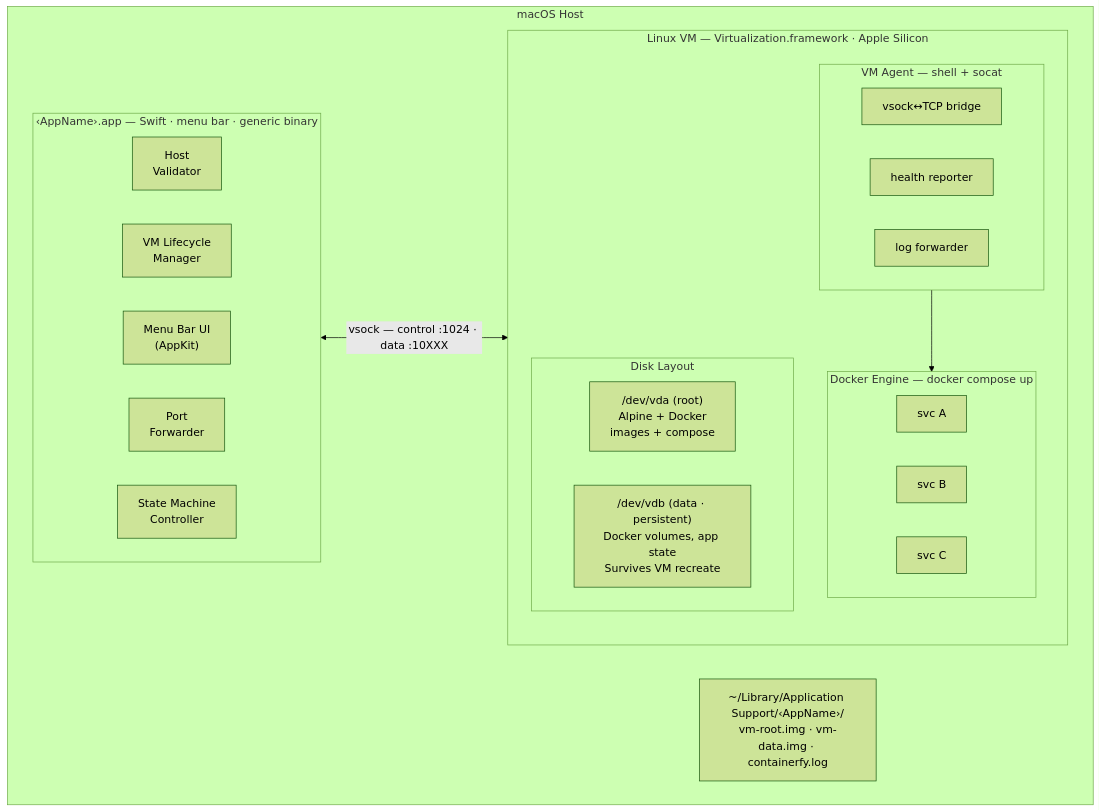
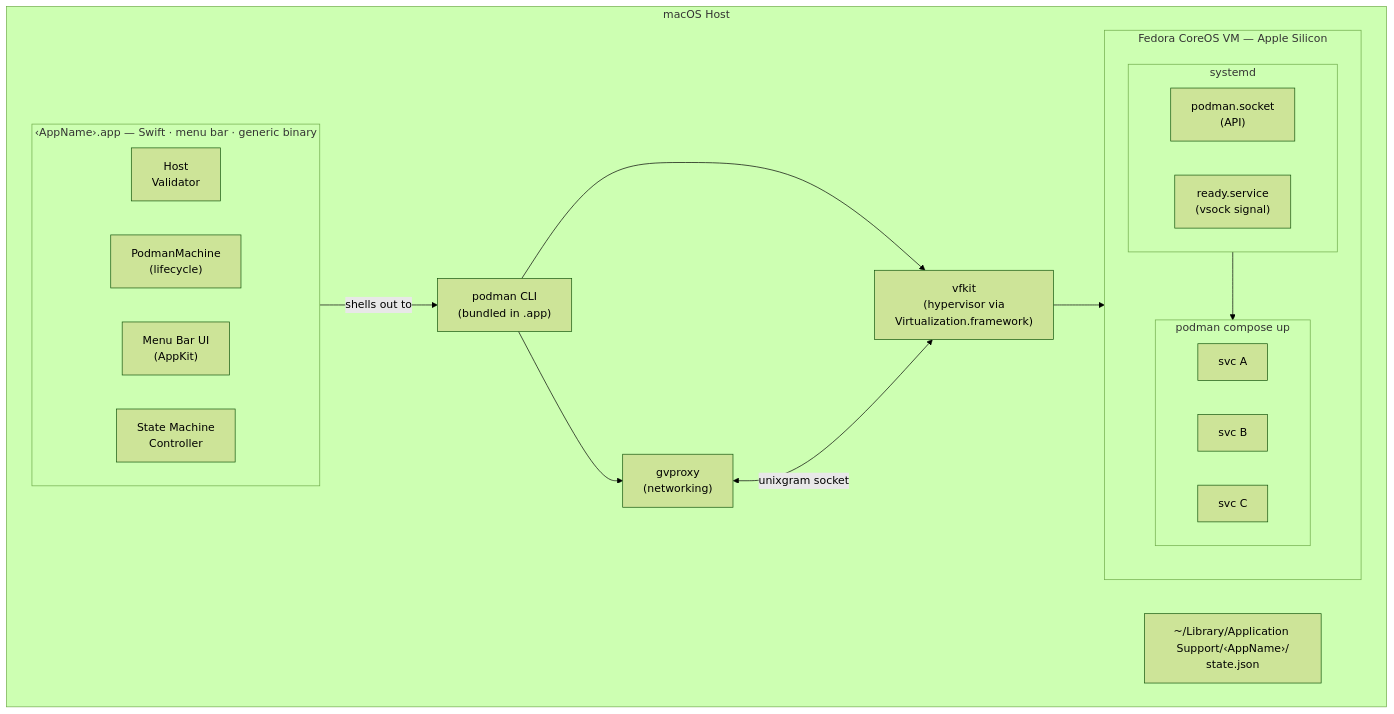
Before and after one commit to containerfy/containerfy: the first of 2 diagrams in ARCHITECTURE.md, drawn with Mermaid (forest theme). The commit also changed other lines of this file and 53 other files, not shown here.

First line of the commit message:
Replace custom VM with podman machine; consolidate E2E tests

````diff
--- a/ARCHITECTURE.md
+++ b/ARCHITECTURE.md
@@ -9,41 +9,39 @@
 ```mermaid
 flowchart TD
     subgraph host["macOS Host"]
         subgraph app["‹AppName›.app — Swift · menu bar · generic binary"]
             direction LR
             HV["Host\nValidator"]
-            VLM["VM Lifecycle\nManager"]
+            PM["PodmanMachine\n(lifecycle)"]
             UI["Menu Bar UI\n(AppKit)"]
-            PF["Port\nForwarder"]
             SM["State Machine\nController"]
         end
 
-        app <--"vsock — control :1024 · data :10XXX"--> vm
+        app --"shells out to"--> podman["podman CLI\n(bundled in .app)"]
+        podman --> gvproxy["gvproxy\n(networking)"]
+        podman --> vfkit["vfkit\n(hypervisor via\nVirtualization.framework)"]
 
-        subgraph vm["Linux VM — Virtualization.framework · Apple Silicon"]
-            subgraph agent["VM Agent — shell + socat"]
+        gvproxy <--"unixgram socket"--> vfkit
+
+        vfkit --> vm
+
+        subgraph vm["Fedora CoreOS VM — Apple Silicon"]
+            subgraph systemd["systemd"]
                 direction LR
-                bridge["vsock↔TCP bridge"]
-                health["health reporter"]
-                logs["log forwarder"]
+                podman_svc["podman.socket\n(API)"]
+                ready["ready.service\n(vsock signal)"]
             end
 
-            agent --> docker
+            systemd --> containers
 
-            subgraph docker["Docker Engine — docker compose up"]
+            subgraph containers["podman compose up"]
                 direction LR
                 sA["svc A"]
                 sB["svc B"]
                 sC["svc C"]
             end
-
-            subgraph disks["Disk Layout"]
-                direction LR
-                root["/dev/vda (root)\nAlpine + Docker\nimages + compose"]
-                data["/dev/vdb (data · persistent)\nDocker volumes, app state\nSurvives VM recreate"]
-            end
         end
 
-        files["~/Library/Application Support/‹AppName›/\nvm-root.img · vm-data.img · containerfy.log"]
+        files["~/Library/Application Support/‹AppName›/\nstate.json"]
     end
 ```
````
